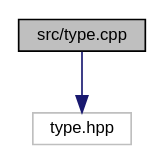
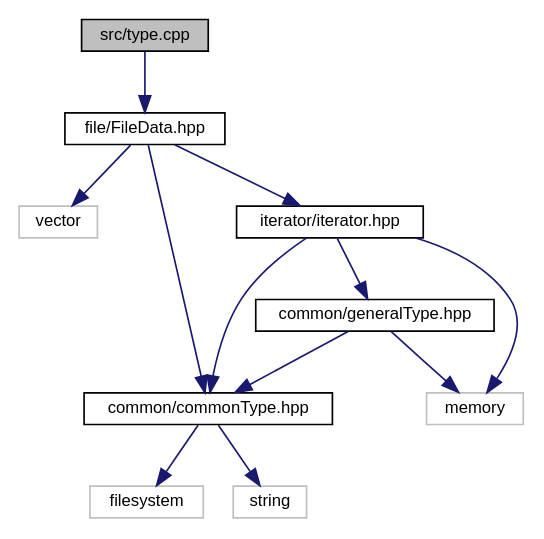
One commit to aka1ha2n3e/project00 changed the diagram in document/ドキュメント/type_8cpp__incl.dot. Above: the diagram before and after it, drawn with Graphviz. The commit also changed 365 other files, not shown here.

```diff
--- a/document/ドキュメント/type_8cpp__incl.dot
+++ b/document/ドキュメント/type_8cpp__incl.dot
@@ -1,9 +1,26 @@
 digraph "src/type.cpp"
 {
  // LATEX_PDF_SIZE
   edge [fontname="Helvetica",fontsize="10",labelfontname="Helvetica",labelfontsize="10"];
   node [fontname="Helvetica",fontsize="10",shape=record];
   Node1 [label="src/type.cpp",height=0.2,width=0.4,color="black", fillcolor="grey75", style="filled", fontcolor="black",tooltip=" "];
   Node1 -> Node2 [color="midnightblue",fontsize="10",style="solid",fontname="Helvetica"];
-  Node2 [label="type.hpp",height=0.2,width=0.4,color="grey75", fillcolor="white", style="filled",tooltip=" "];
+  Node2 [label="file/FileData.hpp",height=0.2,width=0.4,color="black", fillcolor="white", style="filled",URL="$FileData_8hpp.html",tooltip=" "];
+  Node2 -> Node3 [color="midnightblue",fontsize="10",style="solid",fontname="Helvetica"];
+  Node3 [label="vector",height=0.2,width=0.4,color="grey75", fillcolor="white", style="filled",tooltip=" "];
+  Node2 -> Node4 [color="midnightblue",fontsize="10",style="solid",fontname="Helvetica"];
+  Node4 [label="common/commonType.hpp",height=0.2,width=0.4,color="black", fillcolor="white", style="filled",URL="$commonType_8hpp.html",tooltip=" "];
+  Node4 -> Node5 [color="midnightblue",fontsize="10",style="solid",fontname="Helvetica"];
+  Node5 [label="filesystem",height=0.2,width=0.4,color="grey75", fillcolor="white", style="filled",tooltip=" "];
+  Node4 -> Node6 [color="midnightblue",fontsize="10",style="solid",fontname="Helvetica"];
+  Node6 [label="string",height=0.2,width=0.4,color="grey75", fillcolor="white", style="filled",tooltip=" "];
+  Node2 -> Node7 [color="midnightblue",fontsize="10",style="solid",fontname="Helvetica"];
+  Node7 [label="iterator/iterator.hpp",height=0.2,width=0.4,color="black", fillcolor="white", style="filled",URL="$iterator_8hpp.html",tooltip=" "];
+  Node7 -> Node8 [color="midnightblue",fontsize="10",style="solid",fontname="Helvetica"];
+  Node8 [label="memory",height=0.2,width=0.4,color="grey75", fillcolor="white", style="filled",tooltip=" "];
+  Node7 -> Node4 [color="midnightblue",fontsize="10",style="solid",fontname="Helvetica"];
+  Node7 -> Node9 [color="midnightblue",fontsize="10",style="solid",fontname="Helvetica"];
+  Node9 [label="common/generalType.hpp",height=0.2,width=0.4,color="black", fillcolor="white", style="filled",URL="$generalType_8hpp.html",tooltip=" "];
+  Node9 -> Node8 [color="midnightblue",fontsize="10",style="solid",fontname="Helvetica"];
+  Node9 -> Node4 [color="midnightblue",fontsize="10",style="solid",fontname="Helvetica"];
 }
```
